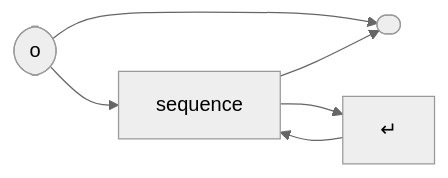
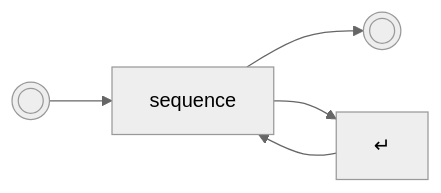
One commit to andrewfstratton/quandoscript changed the first of 16 diagrams in README.md. Above: the diagram before and after it, drawn with Mermaid (neutral theme). The commit also changed other lines of this file, not shown here.

Commit message:
tidy syntax charts

````diff
--- a/README.md
+++ b/README.md
@@ -6,6 +6,6 @@
 ```mermaid
 graph LR
-    stop([ ])
-    start-->stop
-    start([o])-->sequence-->nl["↵"]-->sequence--> stop
+    stop((( )))
+    start((( )))--> sequence --> stop
+    sequence --> nl["↵"] --> sequence
 ```
````
